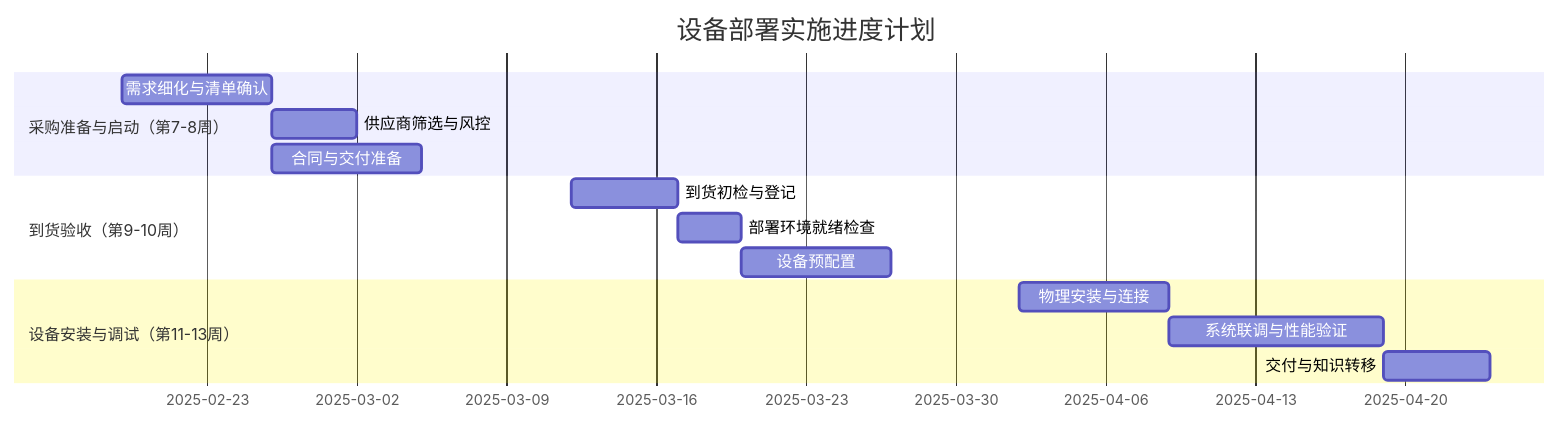
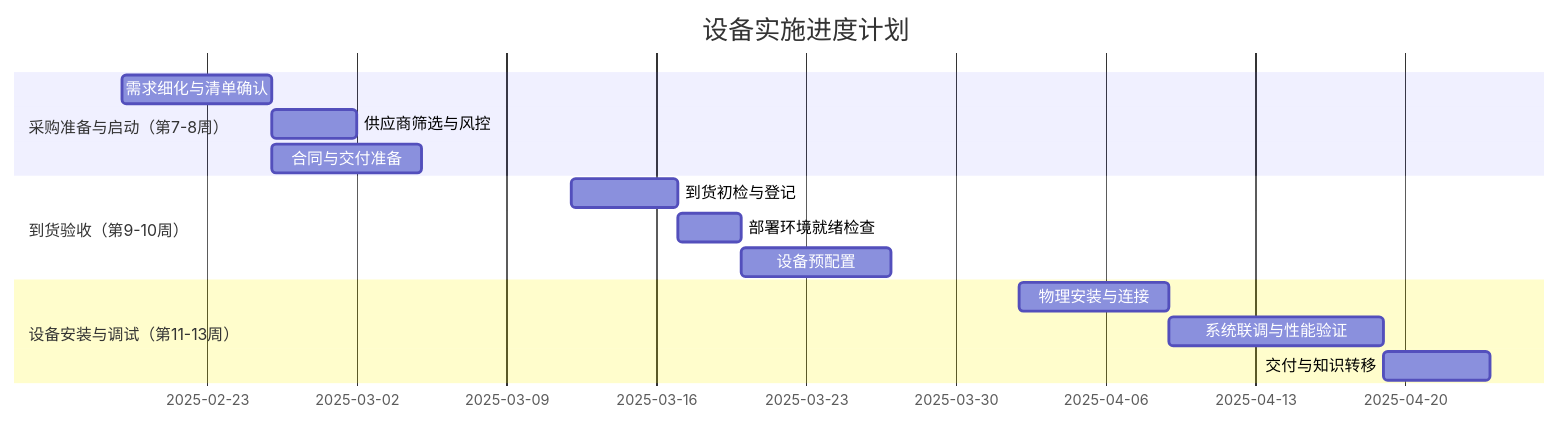
One commit to CMTcode/iodraw-files changed the diagram in all/未命名-1.md. Above: the diagram before and after it, drawn with Mermaid.

Commit message:
2025-02-19 11:22:21 update

````diff
--- a/all/未命名-1.md
+++ b/all/未命名-1.md
@@ -1,24 +1,23 @@
 ```mermaid
 gantt
-    title 设备部署实施进度计划
+    title 设备实施进度计划
     dateFormat  YYYY-MM-DD
-
 
     section 采购准备与启动（第7-8周）
     需求细化与清单确认       :a1, 2025-02-19, 7d
     供应商筛选与风控         :after a1, 4d
     合同与交付准备           :2025-02-26, 7d
     
 
     section 到货验收（第9-10周）
     到货初检与登记           :2025-03-12, 5d
     部署环境就绪检查         :2025-03-17, 3d
     设备预配置               :2025-03-20, 7d
     
 
     section 设备安装与调试（第11-13周）
     物理安装与连接           :2025-04-02, 7d
     系统联调与性能验证       :2025-04-09, 10d
     交付与知识转移           :2025-04-19, 5d
     
 ```
````
